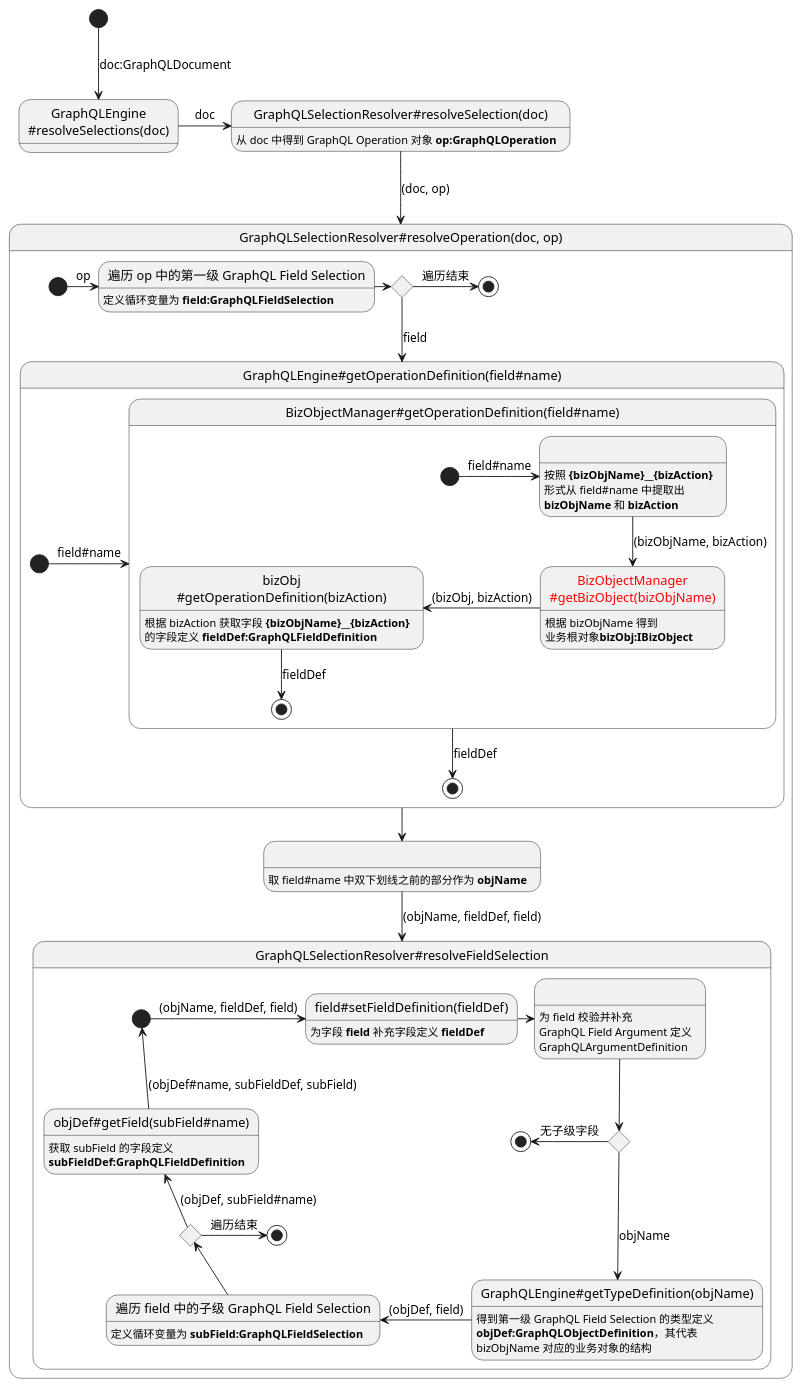
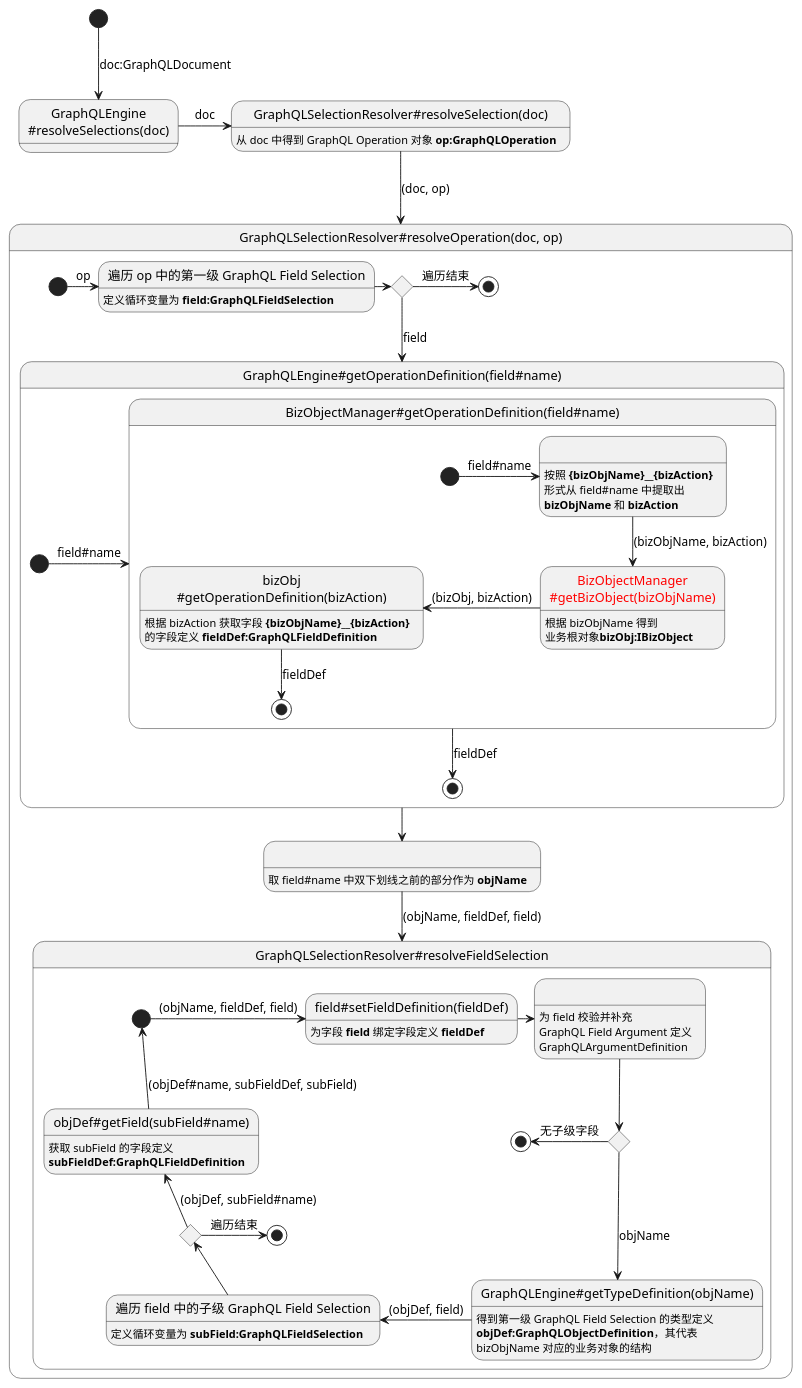
The fourth of 7 diagrams in docs/400.implement/400.component/100.graphql.md (crazydan-studio/nop.crazydan.io), drawn with PlantUML before and after one commit. The commit also changed other lines of this file, not shown here.

````diff
--- a/docs/400.implement/400.component/100.graphql.md
+++ b/docs/400.implement/400.component/100.graphql.md
@@ -420,68 +420,68 @@
 ```plantuml
 state "GraphQLEngine\n~#resolveSelections(doc)" as call_engine_resolveSelections
 state "GraphQLSelectionResolver#resolveSelection(doc)" as call_resolver_resolveSelection: 从 doc 中得到 GraphQL Operation 对象 <b>op:GraphQLOperation</b>
 
 [*] -down-> call_engine_resolveSelections: doc:GraphQLDocument
 call_engine_resolveSelections -> call_resolver_resolveSelection: doc
 call_resolver_resolveSelection -down-> call_resolver_resolveOperation: (doc, op)
 
 state "GraphQLSelectionResolver#resolveOperation(doc, op)" as call_resolver_resolveOperation {
   state "遍历 op 中的第一级 GraphQL Field Selection" as get_field_from_op: 定义循环变量为 <b>field:GraphQLFieldSelection</b>
   state " " as split_objName_from_op: 取 field#name 中双下划线之前的部分作为 <b>objName</b>
   state has_op_field <<choice>>
 
   [*] -right-> get_field_from_op: op
   get_field_from_op -right-> has_op_field
 
   has_op_field -right-> [*]: 遍历结束
   has_op_field -down-> call_engine_getOperationDefinition: field
 
   call_engine_getOperationDefinition -down-> split_objName_from_op
   split_objName_from_op -down-> call_resolver_resolveFieldSelection: (objName, fieldDef, field)
 
   state "GraphQLEngine~#getOperationDefinition(field#name)" as call_engine_getOperationDefinition {
     [*] -right-> call_bizObj_getOperationDefinition: field#name
     call_bizObj_getOperationDefinition -down-> [*]: fieldDef
 
     state "BizObjectManager#getOperationDefinition(field#name)" as call_bizObj_getOperationDefinition {
       state " " as split_field_name: 按照 **{bizObjName}__{bizAction}**\n形式从 field#name 中提取出\n**bizObjName** 和 **bizAction**
       state "<color:red>BizObjectManager\n<color:red>~#getBizObject(bizObjName)" as call_biz_obj_man_getBizObject: 根据 bizObjName 得到\n业务根对象<b>bizObj:IBizObject</b>
       state "bizObj\n~#getOperationDefinition(bizAction)" as call_biz_obj_getOperationDefinition: 根据 bizAction 获取字段 **{bizObjName}__{bizAction}**\n的字段定义 <b>fieldDef:GraphQLFieldDefinition</b>
 
       [*] -right-> split_field_name: field#name
       split_field_name -down-> call_biz_obj_man_getBizObject: (bizObjName, bizAction)
       call_biz_obj_man_getBizObject -left-> call_biz_obj_getOperationDefinition: (bizObj, bizAction)
       call_biz_obj_getOperationDefinition -down-> [*]: fieldDef
     }
   }
 
   state "GraphQLSelectionResolver~#resolveFieldSelection" as call_resolver_resolveFieldSelection {
-    state "field#setFieldDefinition(fieldDef)" as call_field_setFieldDefinition: 为字段 <b>field</b> 补充字段定义 <b>fieldDef</b>
+    state "field#setFieldDefinition(fieldDef)" as call_field_setFieldDefinition: 为字段 <b>field</b> 绑定字段定义 <b>fieldDef</b>
     state " " as validate_field_args: 为 field 校验并补充\nGraphQL Field Argument 定义\nGraphQLArgumentDefinition
     state top_has_sub_field <<choice>>
 
     state "GraphQLEngine#getTypeDefinition(objName)" as call_engine_getTypeDefinition: 得到第一级 GraphQL Field Selection 的类型定义\n<b>objDef:GraphQLObjectDefinition</b>，其代表\nbizObjName 对应的业务对象的结构
     state "遍历 field 中的子级 GraphQL Field Selection" as get_field_from_field: 定义循环变量为 <b>subField:GraphQLFieldSelection</b>
     state "objDef#getField(subField#name)" as call_obj_def_getField: 获取 subField 的字段定义\n<b>subFieldDef:GraphQLFieldDefinition</b>
     state has_sub_field <<choice>>
     state start <<start>>
     state end0 <<end>>
     state end1 <<end>>
 
     start -right-> call_field_setFieldDefinition: (objName, fieldDef, field)
     call_field_setFieldDefinition -right-> validate_field_args
     validate_field_args -down-> top_has_sub_field
 
     top_has_sub_field -left-> end0: 无子级字段
     top_has_sub_field -down-> call_engine_getTypeDefinition: objName
 
     call_engine_getTypeDefinition -left-> get_field_from_field: (objDef, field)
     get_field_from_field -up-> has_sub_field
 
     has_sub_field -right-> end1: 遍历结束
     has_sub_field -up-> call_obj_def_getField: (objDef, subField#name)
 
     call_obj_def_getField -up-> start: (objDef#name, subFieldDef, subField)
   }
 }
 ```
````
